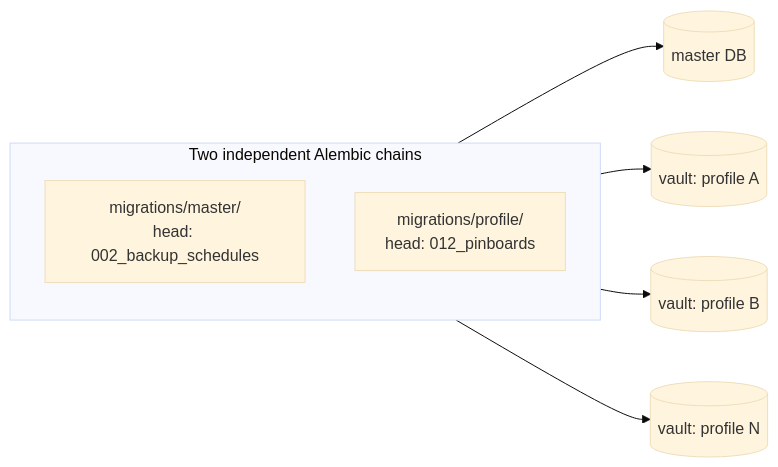
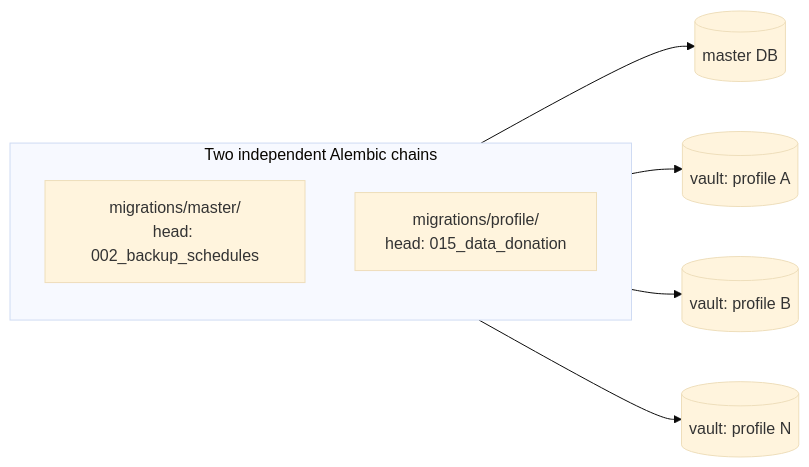
One commit to BrooklynD23/HealthCentral changed the fourth of 4 diagrams in docs/architecture/backend.md. Above: the diagram before and after it, drawn with Mermaid (base theme). The commit also changed other lines of this file and 11 other files, not shown here.

First line of the commit message:
docs: refresh README and architecture docs against the code

````diff
--- a/docs/architecture/backend.md
+++ b/docs/architecture/backend.md
@@ -144,13 +145,13 @@
 ```mermaid
 flowchart LR
     subgraph chains["Two independent Alembic chains"]
         direction TB
         MM["migrations/master/<br/>head: 002_backup_schedules"]
-        PM["migrations/profile/<br/>head: 012_pinboards"]
+        PM["migrations/profile/<br/>head: 015_data_donation"]
     end
 
     MM --> MDB[("master DB")]
     PM --> P1[("vault: profile A")]
     PM --> P2[("vault: profile B")]
     PM --> P3[("vault: profile N")]
 ```
````
